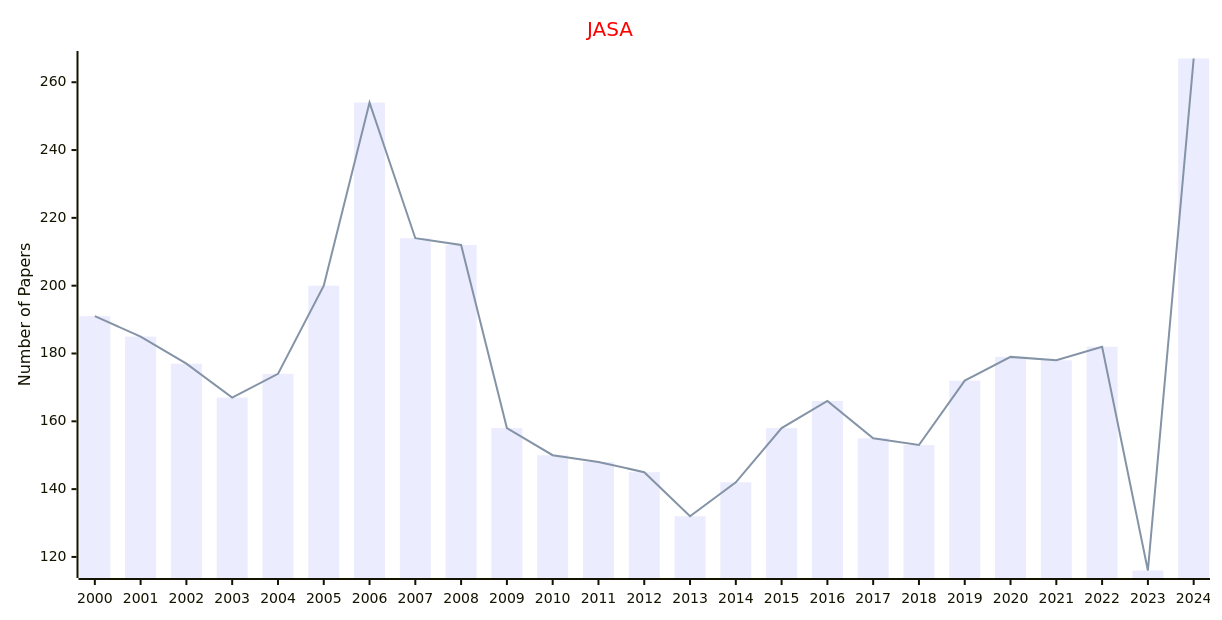
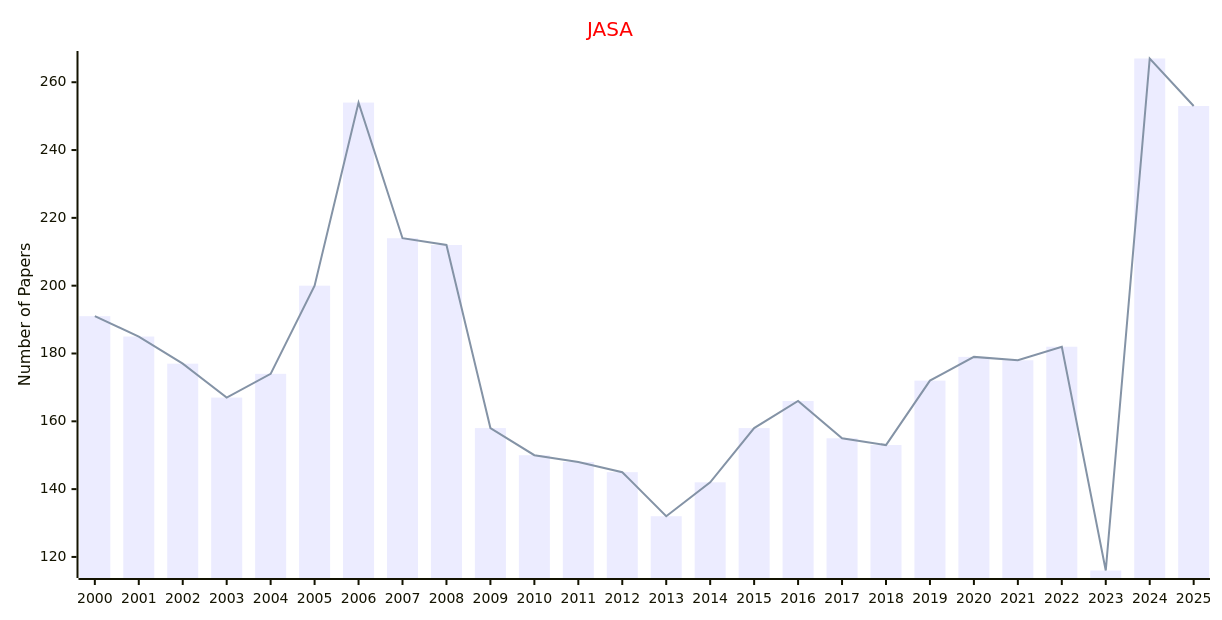
Diagram 24 of 34 in docs/data/Journals/Statistics_Journals/Probability_and_Statistics.md (Easy-PhD/AILinks), drawn with Mermaid before and after one commit. The commit also changed other lines of this file and 93 other files, not shown here.

````diff
--- a/docs/data/Journals/Statistics_Journals/Probability_and_Statistics.md
+++ b/docs/data/Journals/Statistics_Journals/Probability_and_Statistics.md
@@ -615,17 +615,17 @@
 ```mermaid
 ---
 config:
     xyChart:
         width: 1200
         height: 600
     themeVariables:
         xyChart:
             titleColor: "#ff0000"
 ---
 xychart-beta
     title "JASA"
-    x-axis [2000, 2001, 2002, 2003, 2004, 2005, 2006, 2007, 2008, 2009, 2010, 2011, 2012, 2013, 2014, 2015, 2016, 2017, 2018, 2019, 2020, 2021, 2022, 2023, 2024]
+    x-axis [2000, 2001, 2002, 2003, 2004, 2005, 2006, 2007, 2008, 2009, 2010, 2011, 2012, 2013, 2014, 2015, 2016, 2017, 2018, 2019, 2020, 2021, 2022, 2023, 2024, 2025]
     y-axis "Number of Papers"
-    bar [191, 185, 177, 167, 174, 200, 254, 214, 212, 158, 150, 148, 145, 132, 142, 158, 166, 155, 153, 172, 179, 178, 182, 116, 267]
-    line [191, 185, 177, 167, 174, 200, 254, 214, 212, 158, 150, 148, 145, 132, 142, 158, 166, 155, 153, 172, 179, 178, 182, 116, 267]
+    bar [191, 185, 177, 167, 174, 200, 254, 214, 212, 158, 150, 148, 145, 132, 142, 158, 166, 155, 153, 172, 179, 178, 182, 116, 267, 253]
+    line [191, 185, 177, 167, 174, 200, 254, 214, 212, 158, 150, 148, 145, 132, 142, 158, 166, 155, 153, 172, 179, 178, 182, 116, 267, 253]
 ```
````
